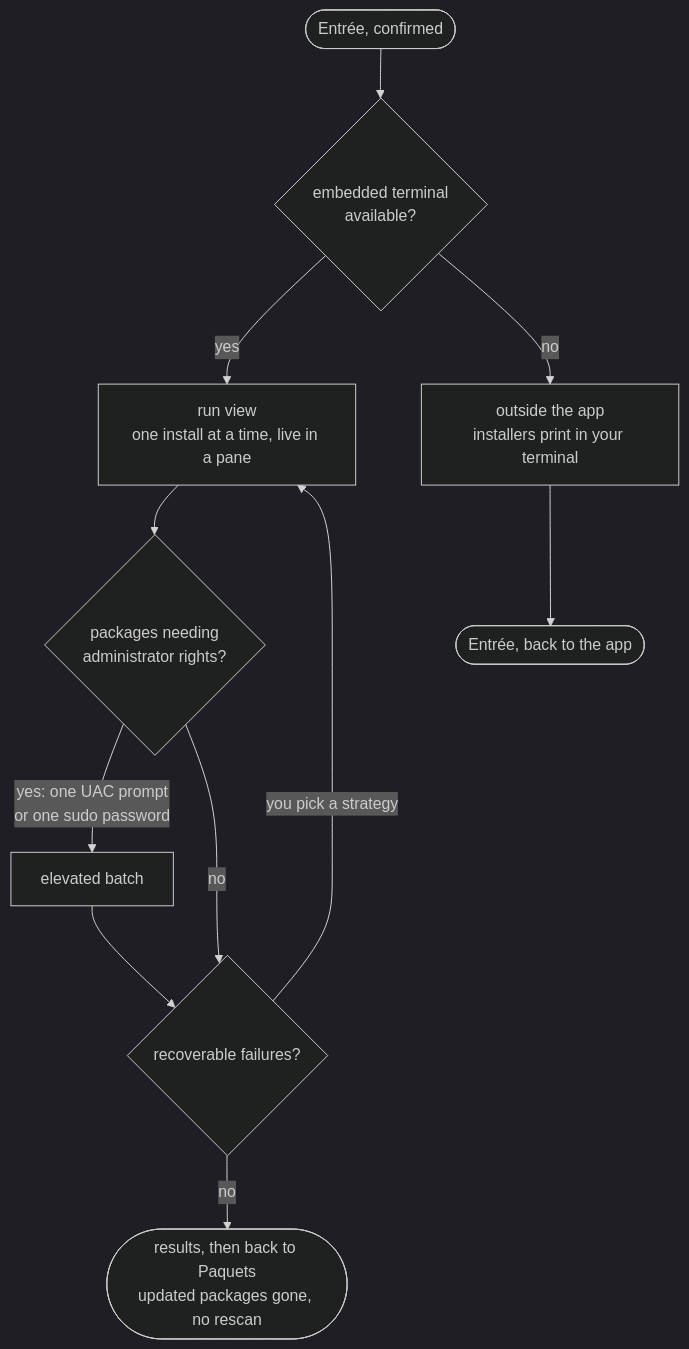
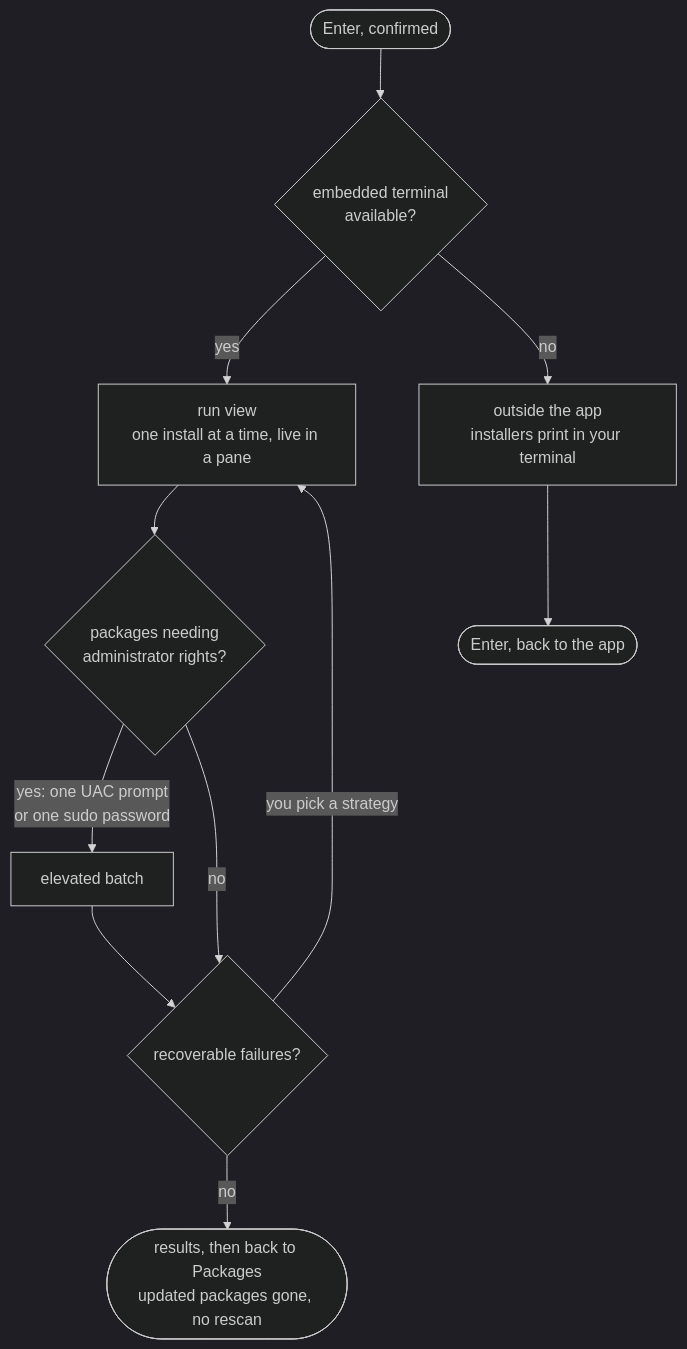
The second of 3 diagrams in docs/guide/interactive-app.md (LINDECKER-Charles/gup), drawn with Mermaid (dark theme) before and after one commit. The commit also changed other lines of this file and 12 other files, not shown here.

````diff
--- a/docs/guide/interactive-app.md
+++ b/docs/guide/interactive-app.md
@@ -117,13 +116,13 @@
 ```mermaid
 flowchart TD
-    Go(["Entrée, confirmed"]) --> Pty{"embedded terminal<br/>available?"}
+    Go(["Enter, confirmed"]) --> Pty{"embedded terminal<br/>available?"}
     Pty -->|yes| Run["run view<br/>one install at a time, live in a pane"]
     Pty -->|no| Out["outside the app<br/>installers print in your terminal"]
     Run --> Admin{"packages needing<br/>administrator rights?"}
     Admin -->|"yes: one UAC prompt<br/>or one sudo password"| Batch["elevated batch"]
     Admin -->|no| Retry
     Batch --> Retry{"recoverable failures?"}
     Retry -->|"you pick a strategy"| Run
-    Retry -->|no| Results(["results, then back to Paquets<br/>updated packages gone, no rescan"])
-    Out --> Back(["Entrée, back to the app"])
+    Retry -->|no| Results(["results, then back to Packages<br/>updated packages gone, no rescan"])
+    Out --> Back(["Enter, back to the app"])
 ```
````
